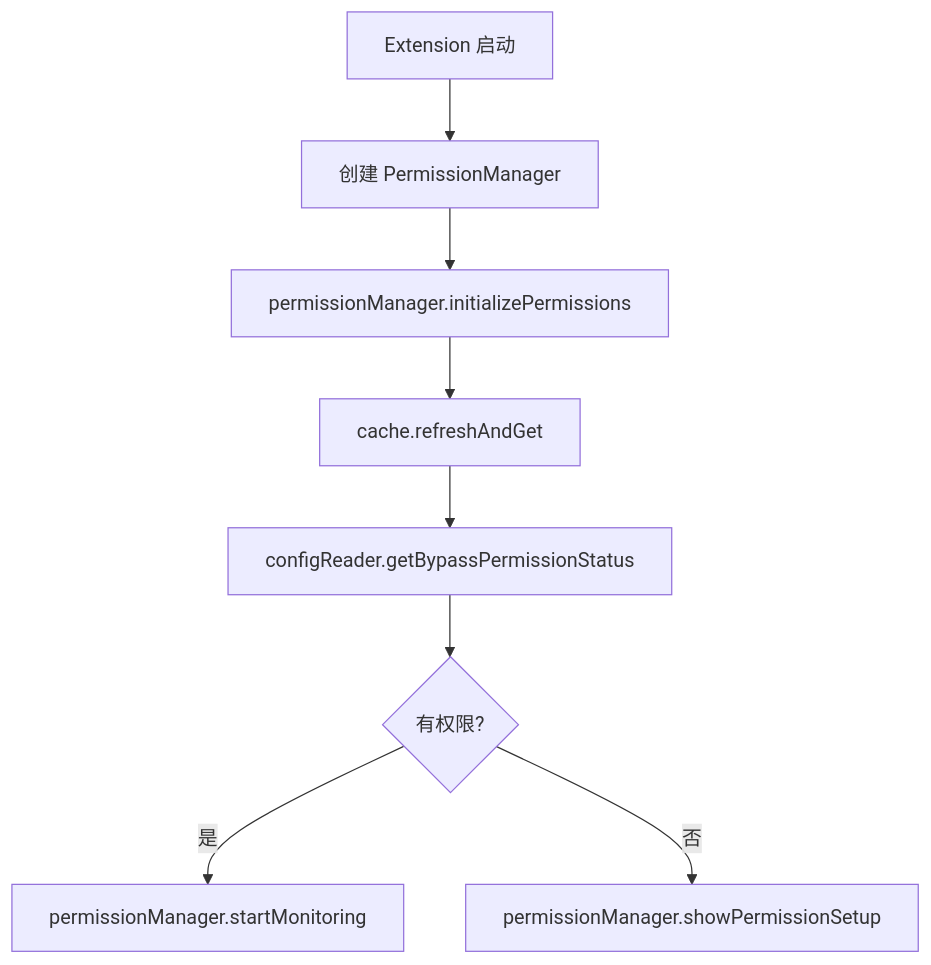
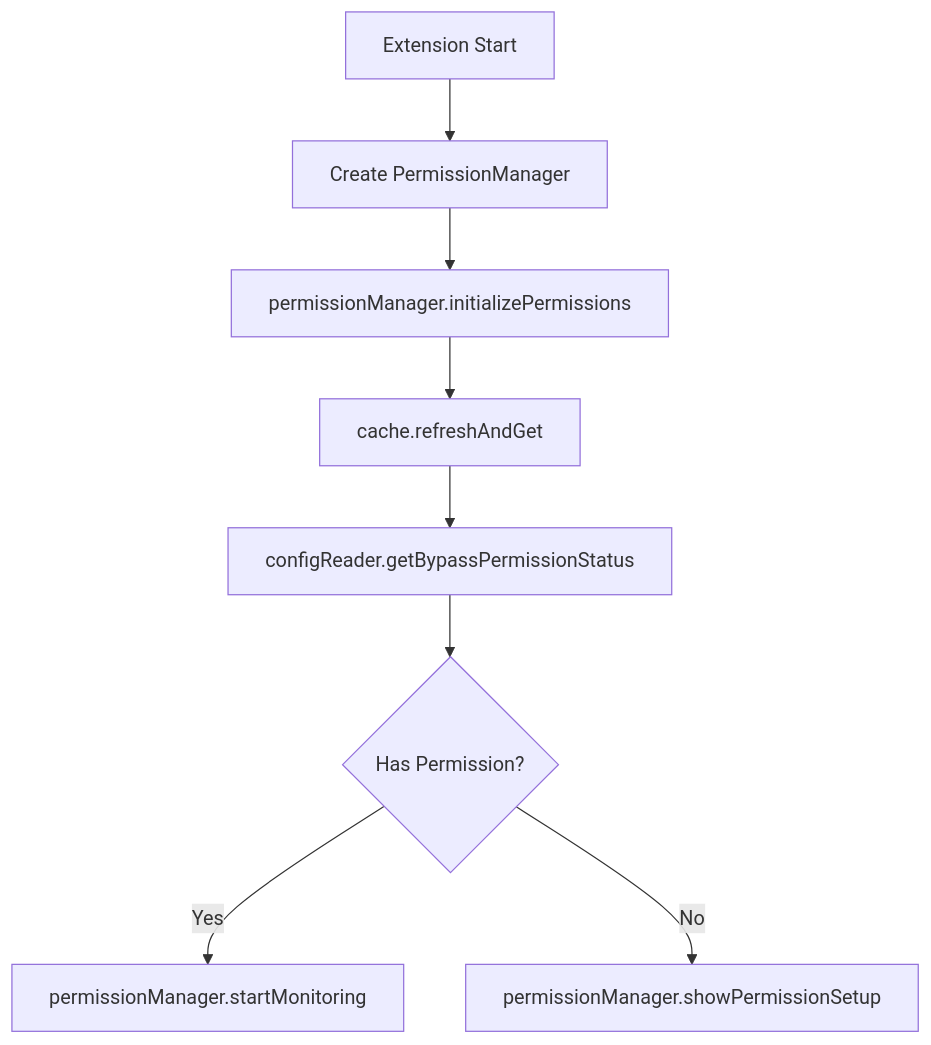
One commit to ezrover/POICompanion changed the third of 3 diagrams in .claude/agents/agent-design.md. Above: the diagram before and after it, drawn with Mermaid. The commit also changed other lines of this file and 17 other files, not shown here.

````diff
--- a/.claude/agents/agent-design.md
+++ b/.claude/agents/agent-design.md
@@ -86,13 +86,13 @@
 ```mermaid
 flowchart TD
-    A[Extension 启动] --> B[创建 PermissionManager]
+    A[Extension Start] --> B[Create PermissionManager]
     B --> C[permissionManager.initializePermissions]
     C --> D[cache.refreshAndGet]
     D --> E[configReader.getBypassPermissionStatus]
-    E --> F{有权限?}
-    F -->|是| G[permissionManager.startMonitoring]
-    F -->|否| H[permissionManager.showPermissionSetup]
+    E --> F{Has Permission?}
+    F -->|Yes| G[permissionManager.startMonitoring]
+    F -->|No| H[permissionManager.showPermissionSetup]
     
-    %% 注意：直接引用前面定义的接口方法
-    %% 这样可以保证设计的一致性和可追溯性
+    %% Note: Directly reference the interface methods defined earlier
+    %% This ensures design consistency and traceability
 ```
````
